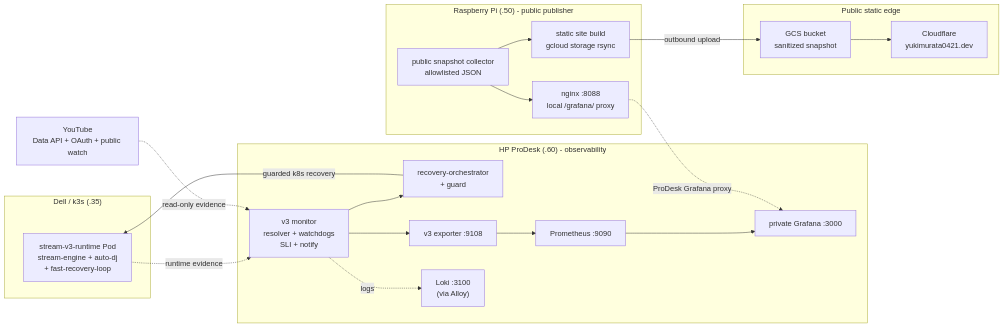
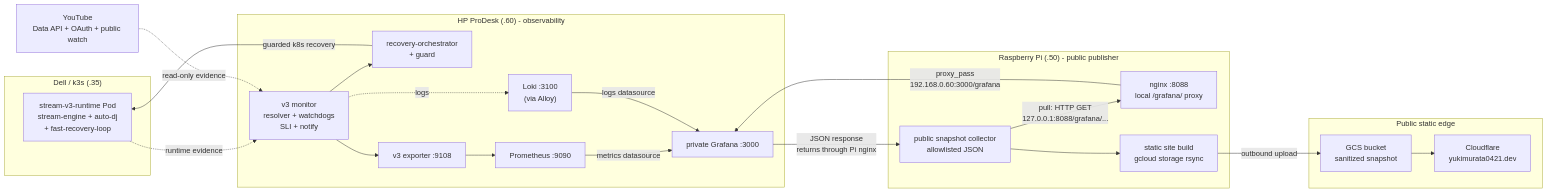
The second of 2 diagrams in README.md (yukimurata0421/live-stream-systems-case-study), drawn with Mermaid before and after one commit. The commit also changed other lines of this file and 8 other files, not shown here.

````diff
--- a/README.md
+++ b/README.md
@@ -100,39 +100,42 @@
 ```mermaid
 flowchart LR
     subgraph DELL["Dell / k3s (.35)"]
         RUN["stream-v3-runtime Pod<br/>stream-engine + auto-dj<br/>+ fast-recovery-loop"]
     end
 
     subgraph PD["HP ProDesk (.60) - observability"]
         MON["v3 monitor<br/>resolver + watchdogs<br/>SLI + notify"]
         ORCH["recovery-orchestrator<br/>+ guard"]
         EXP["v3 exporter :9108"]
         PROM["Prometheus :9090"]
         LOKI["Loki :3100<br/>(via Alloy)"]
         GRAF["private Grafana :3000"]
     end
 
     subgraph RPI["Raspberry Pi (.50) - public publisher"]
         NGINX["nginx :8088<br/>local /grafana/ proxy"]
         COLL["public snapshot collector<br/>allowlisted JSON"]
         PUB["static site build<br/>gcloud storage rsync"]
     end
 
     subgraph EDGE["Public static edge"]
         GCS["GCS bucket<br/>sanitized snapshot"]
         CF["Cloudflare<br/>yukimurata0421.dev"]
     end
 
     YT["YouTube<br/>Data API + OAuth + public watch"]
 
     RUN -. runtime evidence .-> MON
     YT -. read-only evidence .-> MON
     MON --> ORCH
     ORCH -->|"guarded k8s recovery"| RUN
-    MON --> EXP --> PROM --> GRAF
+    MON --> EXP --> PROM
     MON -. logs .-> LOKI
-    COLL --> NGINX
-    NGINX -. ProDesk Grafana proxy .-> GRAF
+    PROM -->|"metrics datasource"| GRAF
+    LOKI -->|"logs datasource"| GRAF
+    COLL -->|"pull: HTTP GET<br/>127.0.0.1:8088/grafana/..."| NGINX
+    NGINX -->|"proxy_pass<br/>192.168.0.60:3000/grafana"| GRAF
+    GRAF -->|"JSON response<br/>returns through Pi nginx"| COLL
     COLL --> PUB
     PUB -->|"outbound upload"| GCS --> CF
 ```
````
